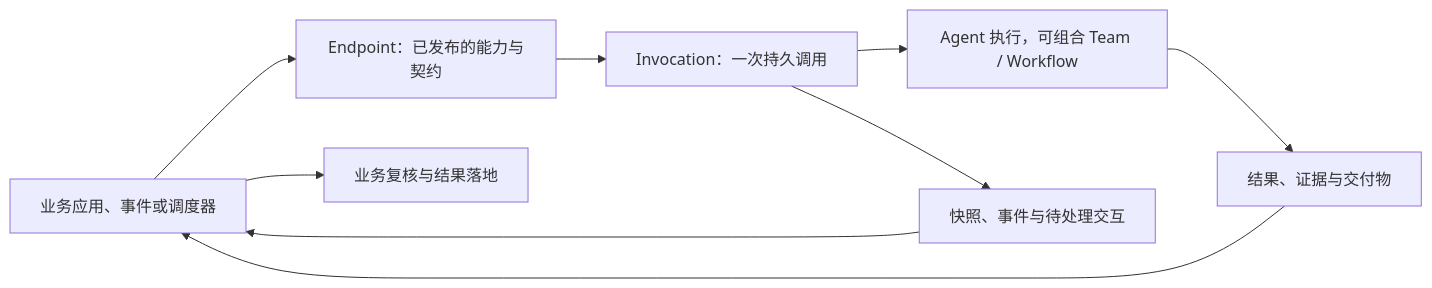
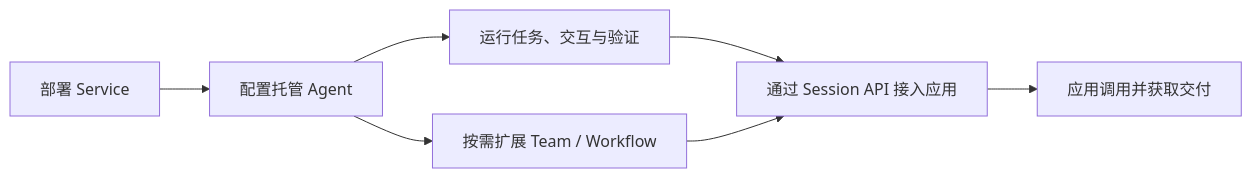
Before and after one commit to agentscope-ai/agentscope-java: the diagram in docs/v2/zh/service/index.md, drawn with Mermaid. The commit also changed other lines of this file and 221 other files, not shown here.

Commit message:
feat(service): unify Session API and refresh managed-agent docs

````diff
--- a/docs/v2/zh/service/index.md
+++ b/docs/v2/zh/service/index.md
@@ -46,11 +45,9 @@
 ```mermaid
 flowchart LR
-    B["业务应用、事件或调度器"] --> E["Endpoint：已发布的能力与契约"]
-    E --> I["Invocation：一次持久调用"]
-    I --> X["Agent 执行，可组合 Team / Workflow"]
-    X --> R["结果、证据与交付物"]
-    I --> P["快照、事件与待处理交互"]
-    P --> B
-    R --> B
-    B --> H["业务复核与结果落地"]
+    D["部署 Service"] --> A["配置托管 Agent"]
+    A --> S["运行任务、交互与验证"]
+    S --> E["通过 Session API 接入应用"]
+    E --> B["应用调用并获取交付"]
+    A --> C["按需扩展 Team / Workflow"]
+    C --> E
 ```
````
